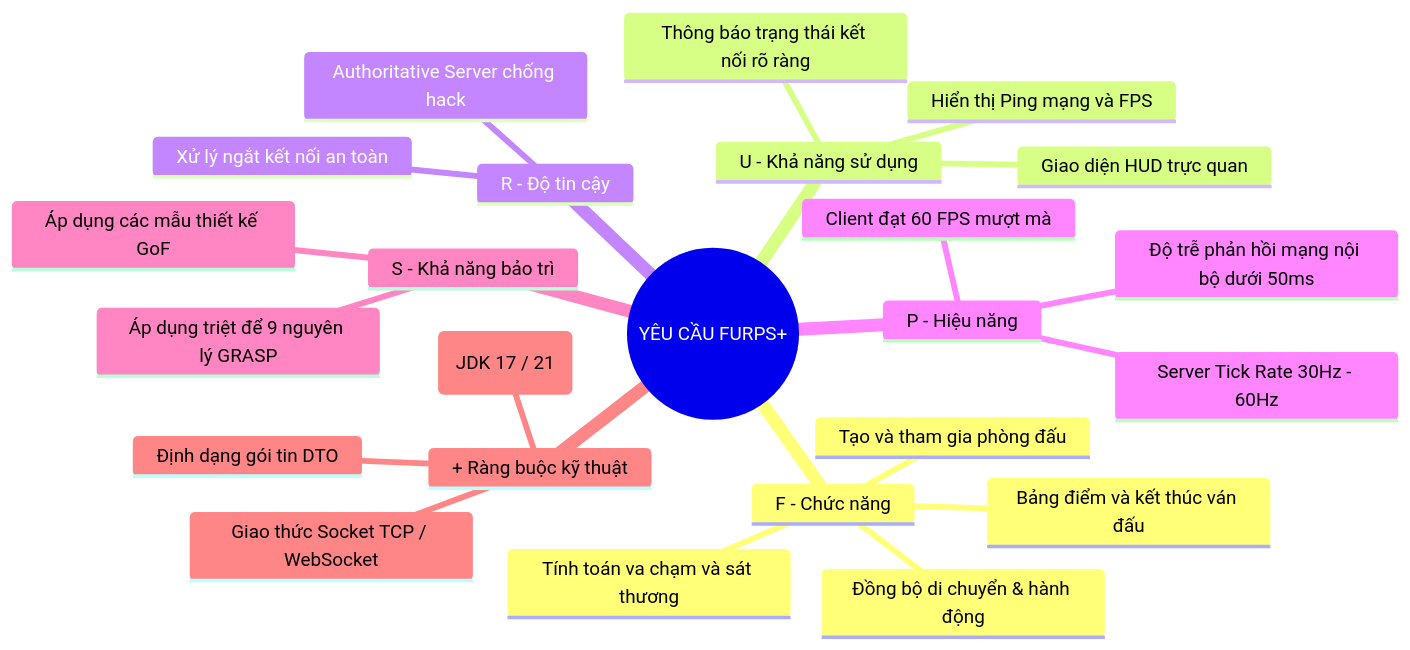
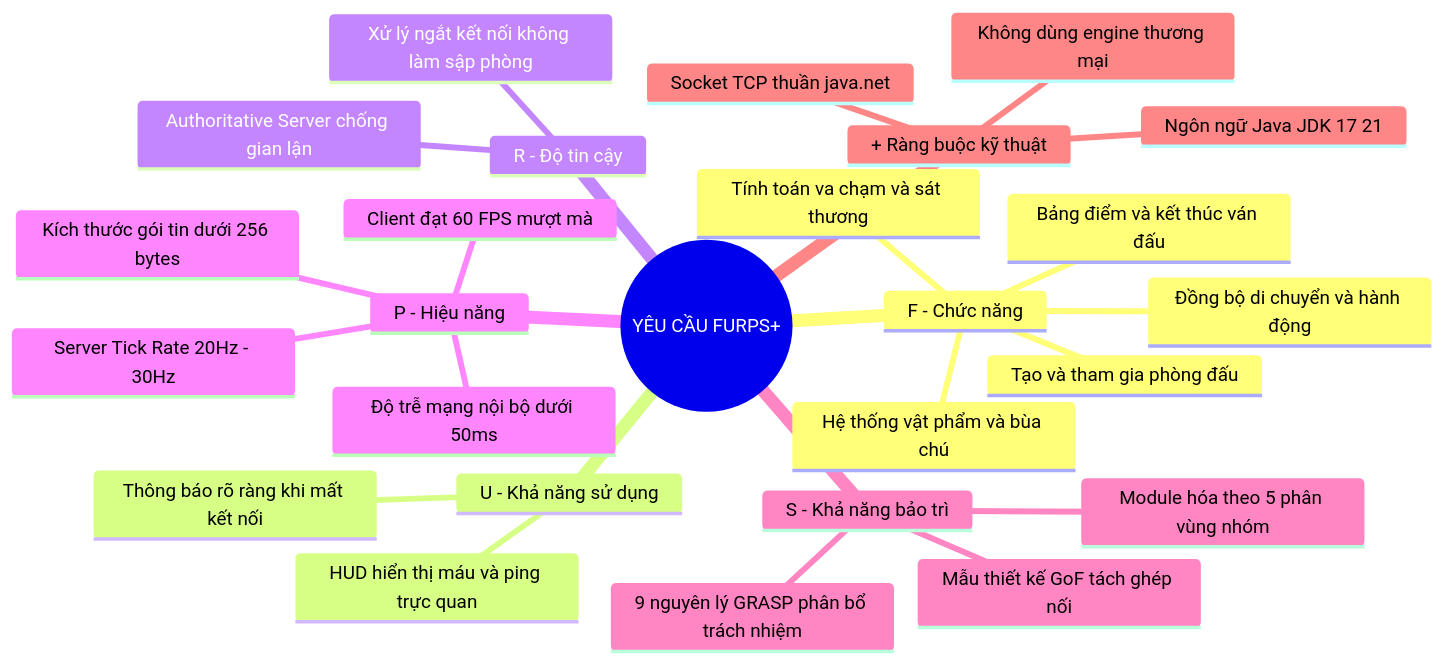
The second of 3 diagrams in Docs_BaoCao/Phan_01_PhatBieu_BaiToan.md (Tran1209/UML-Patterns-Mastery), drawn with Mermaid before and after one commit. The commit also changed other lines of this file, not shown here.

````diff
--- a/Docs_BaoCao/Phan_01_PhatBieu_BaiToan.md
+++ b/Docs_BaoCao/Phan_01_PhatBieu_BaiToan.md
@@ -54,27 +134,29 @@
 ```mermaid
 mindmap
   root((YÊU CẦU FURPS+))
     F - Chức năng
       Tạo và tham gia phòng đấu
-      Đồng bộ di chuyển & hành động
+      Đồng bộ di chuyển và hành động
       Tính toán va chạm và sát thương
+      Hệ thống vật phẩm và bùa chú
       Bảng điểm và kết thúc ván đấu
     U - Khả năng sử dụng
-      Giao diện HUD trực quan
-      Hiển thị Ping mạng và FPS
-      Thông báo trạng thái kết nối rõ ràng
+      HUD hiển thị máu và ping trực quan
+      Thông báo rõ ràng khi mất kết nối
     R - Độ tin cậy
-      Authoritative Server chống hack
-      Xử lý ngắt kết nối an toàn
+      Authoritative Server chống gian lận
+      Xử lý ngắt kết nối không làm sập phòng
     P - Hiệu năng
       Client đạt 60 FPS mượt mà
-      Server Tick Rate 30Hz - 60Hz
-      Độ trễ phản hồi mạng nội bộ dưới 50ms
+      Server Tick Rate 20Hz - 30Hz
+      Độ trễ mạng nội bộ dưới 50ms
+      Kích thước gói tin dưới 256 bytes
     S - Khả năng bảo trì
-      Áp dụng triệt để 9 nguyên lý GRASP
-      Áp dụng các mẫu thiết kế GoF
+      9 nguyên lý GRASP phân bổ trách nhiệm
+      Mẫu thiết kế GoF tách ghép nối
+      Module hóa theo 5 phân vùng nhóm
     + Ràng buộc kỹ thuật
-      Ngôn ngữ Java (JDK 17 / 21)
-      Giao thức Socket TCP / WebSocket
-      Định dạng gói tin DTO
+      Ngôn ngữ Java JDK 17 21
+      Socket TCP thuần java.net
+      Không dùng engine thương mại
 ```
````
